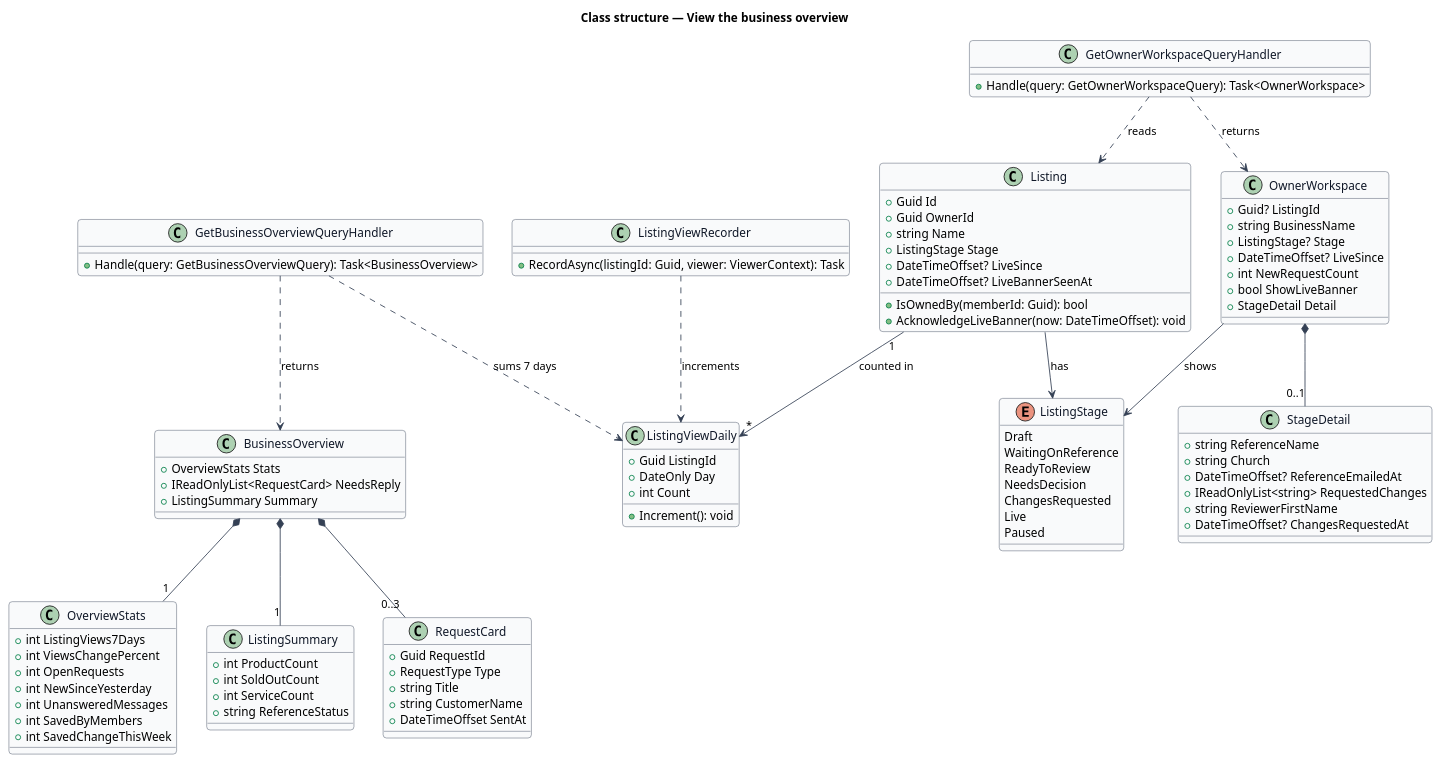
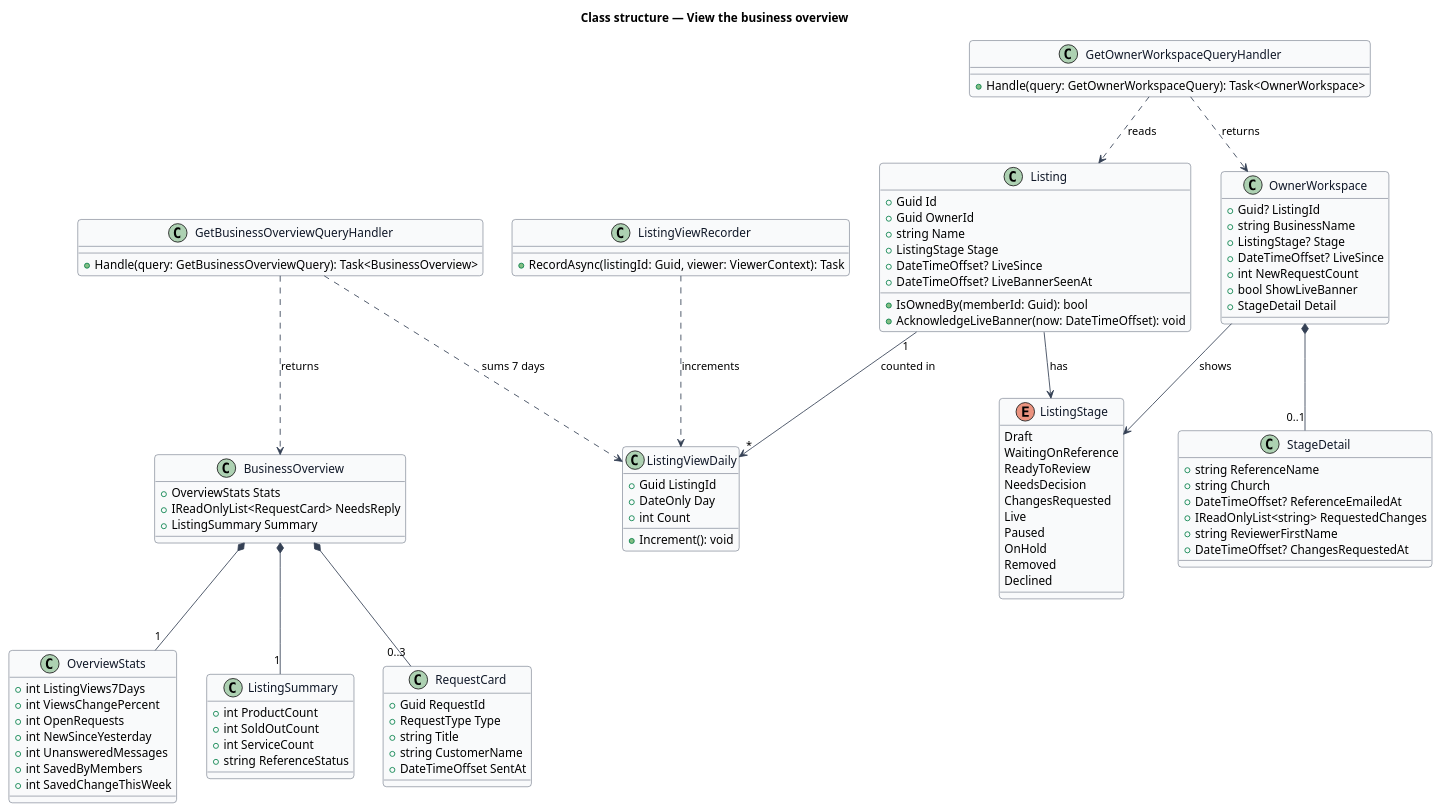
The diagram in docs/detailed-designs/owner-workspace/view-business-overview/diagrams/class-structure.puml (QuinntyneBrown/jubilee), drawn with PlantUML before and after one commit. The commit also changed 56 other files, not shown here.

```diff
--- a/docs/detailed-designs/owner-workspace/view-business-overview/diagrams/class-structure.puml
+++ b/docs/detailed-designs/owner-workspace/view-business-overview/diagrams/class-structure.puml
@@ -1,118 +1,121 @@
 @startuml
 ' --- shared skin header ---
 skinparam backgroundColor #FFFFFF
 skinparam shadowing false
 skinparam roundcorner 8
 skinparam defaultFontName Arial
 skinparam ArrowColor #344054
 skinparam class {
   BorderColor #344054
   FontColor #101828
   BackgroundColor #F9FAFB
 }
 ' --------------------------
 title Class structure — View the business overview
 
 enum ListingStage {
   Draft
   WaitingOnReference
   ReadyToReview
   NeedsDecision
   ChangesRequested
   Live
   Paused
+  OnHold
+  Removed
+  Declined
 }
 
 class Listing {
   +Guid Id
   +Guid OwnerId
   +string Name
   +ListingStage Stage
   +DateTimeOffset? LiveSince
   +DateTimeOffset? LiveBannerSeenAt
   +IsOwnedBy(memberId: Guid): bool
   +AcknowledgeLiveBanner(now: DateTimeOffset): void
 }
 
 class OwnerWorkspace {
   +Guid? ListingId
   +string BusinessName
   +ListingStage? Stage
   +DateTimeOffset? LiveSince
   +int NewRequestCount
   +bool ShowLiveBanner
   +StageDetail Detail
 }
 
 class StageDetail {
   +string ReferenceName
   +string Church
   +DateTimeOffset? ReferenceEmailedAt
   +IReadOnlyList<string> RequestedChanges
   +string ReviewerFirstName
   +DateTimeOffset? ChangesRequestedAt
 }
 
 class BusinessOverview {
   +OverviewStats Stats
   +IReadOnlyList<RequestCard> NeedsReply
   +ListingSummary Summary
 }
 
 class OverviewStats {
   +int ListingViews7Days
   +int ViewsChangePercent
   +int OpenRequests
   +int NewSinceYesterday
   +int UnansweredMessages
   +int SavedByMembers
   +int SavedChangeThisWeek
 }
 
 class ListingSummary {
   +int ProductCount
   +int SoldOutCount
   +int ServiceCount
   +string ReferenceStatus
 }
 
 class RequestCard {
   +Guid RequestId
   +RequestType Type
   +string Title
   +string CustomerName
   +DateTimeOffset SentAt
 }
 
 class ListingViewDaily {
   +Guid ListingId
   +DateOnly Day
   +int Count
   +Increment(): void
 }
 
 class ListingViewRecorder {
   +RecordAsync(listingId: Guid, viewer: ViewerContext): Task
 }
 
 class GetBusinessOverviewQueryHandler {
   +Handle(query: GetBusinessOverviewQuery): Task<BusinessOverview>
 }
 
 class GetOwnerWorkspaceQueryHandler {
   +Handle(query: GetOwnerWorkspaceQuery): Task<OwnerWorkspace>
 }
 
 Listing --> ListingStage : has
 Listing "1" --> "*" ListingViewDaily : counted in
 OwnerWorkspace --> ListingStage : shows
 OwnerWorkspace *-- "0..1" StageDetail
 BusinessOverview *-- "1" OverviewStats
 BusinessOverview *-- "0..3" RequestCard
 BusinessOverview *-- "1" ListingSummary
 GetOwnerWorkspaceQueryHandler ..> OwnerWorkspace : returns
 GetOwnerWorkspaceQueryHandler ..> Listing : reads
 GetBusinessOverviewQueryHandler ..> BusinessOverview : returns
 GetBusinessOverviewQueryHandler ..> ListingViewDaily : sums 7 days
 ListingViewRecorder ..> ListingViewDaily : increments
 @enduml
```
